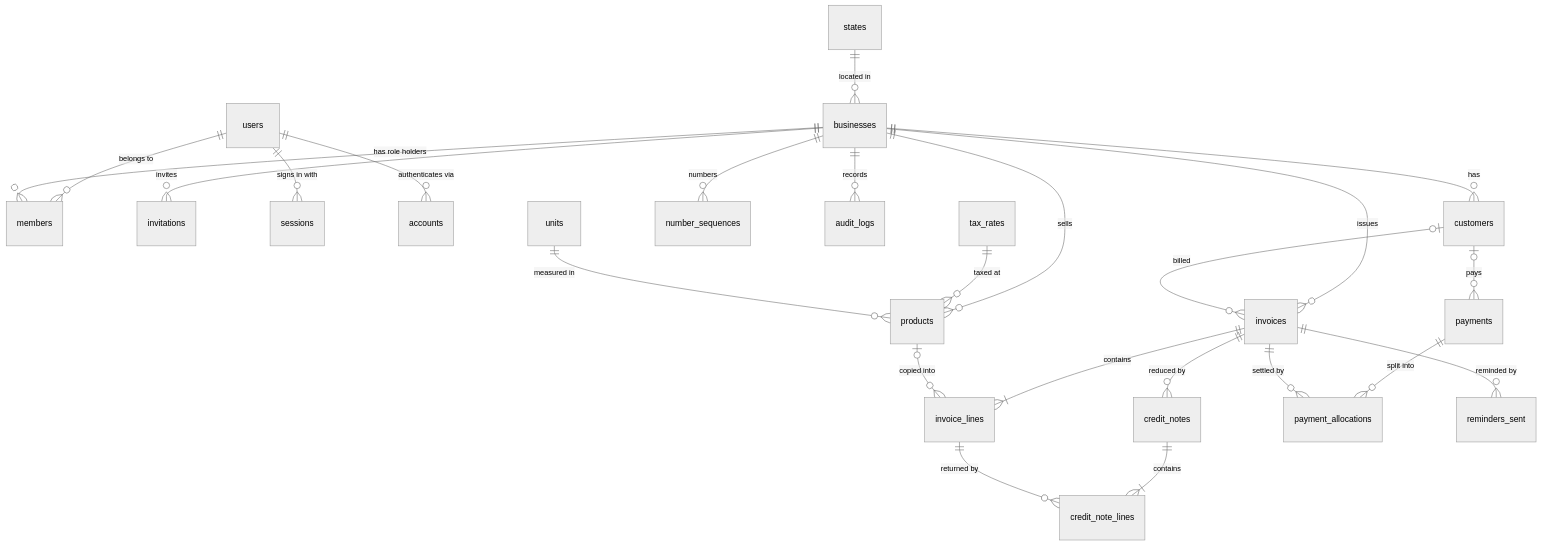
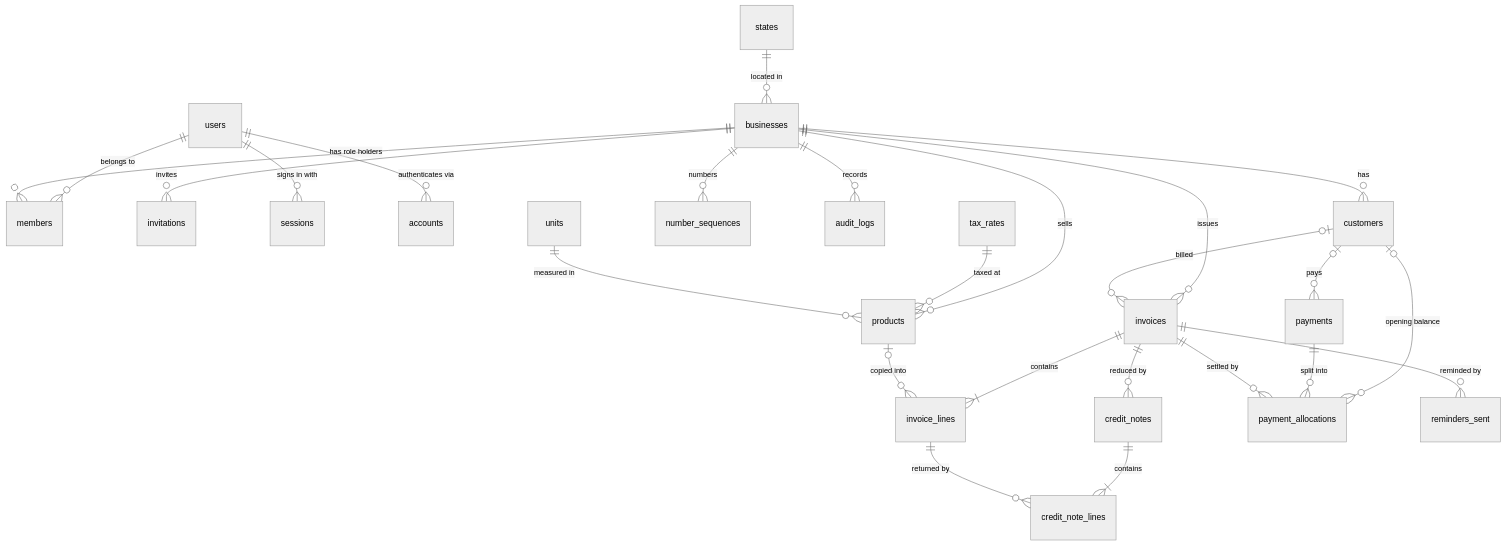
Before and after one commit to nityawav7/galla: the first of 4 diagrams in docs/architecture.md, drawn with Mermaid (neutral theme). The commit also changed other lines of this file and 43 other files, not shown here.

````diff
--- a/docs/architecture.md
+++ b/docs/architecture.md
@@ -9,26 +9,27 @@
 ```mermaid
 erDiagram
   users ||--o{ members : "belongs to"
   businesses ||--o{ members : "has role holders"
   businesses ||--o{ invitations : invites
   users ||--o{ sessions : "signs in with"
   users ||--o{ accounts : "authenticates via"
   businesses ||--o{ products : sells
   businesses ||--o{ customers : has
   businesses ||--o{ invoices : issues
   businesses ||--o{ number_sequences : numbers
   businesses ||--o{ audit_logs : records
   customers |o--o{ invoices : billed
   invoices ||--|{ invoice_lines : contains
   products |o--o{ invoice_lines : "copied into"
   invoices ||--o{ credit_notes : "reduced by"
   credit_notes ||--|{ credit_note_lines : contains
   invoice_lines ||--o{ credit_note_lines : "returned by"
   customers |o--o{ payments : pays
+  customers |o--o{ payment_allocations : "opening balance"
   payments ||--o{ payment_allocations : "split into"
   invoices ||--o{ payment_allocations : "settled by"
   invoices ||--o{ reminders_sent : "reminded by"
   states ||--o{ businesses : "located in"
   tax_rates ||--o{ products : "taxed at"
   units ||--o{ products : "measured in"
 ```
````
